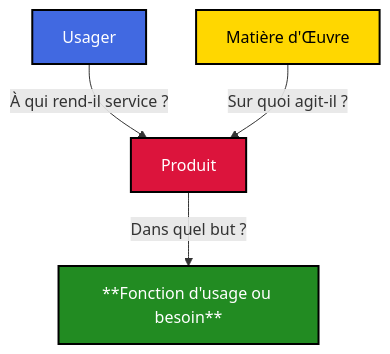
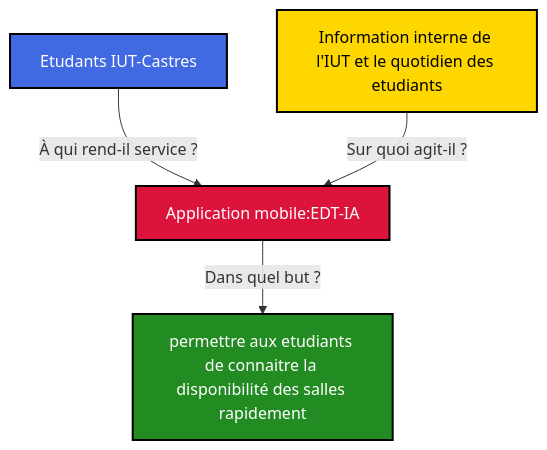
One commit to mmicastres/2024-25-sae501-ogene_thomas_maxime_evan changed the diagram in README.md. Above: the diagram before and after it, drawn with Mermaid.

````diff
--- a/README.md
+++ b/README.md
@@ -8,11 +8,11 @@
 ```mermaid
 graph TD
-    A[Usager] -->|À qui rend-il service ?| B[Produit]
-    C[Matière d'Œuvre] -->|Sur quoi agit-il ?| B
-    B -->|Dans quel but ?| D[**Fonction d'usage ou besoin**]
+    A[Etudants IUT-Castres] -->|À qui rend-il service ?| B[Application mobile:EDT-IA]
+    C[Information interne de l'IUT et le quotidien des etudiants] -->|Sur quoi agit-il ?| B
+    B -->|Dans quel but ?| D[permettre aux etudiants de connaitre la disponibilité des salles rapidement]
     style A fill:#4169E1,stroke:#000,stroke-width:2px,color:#fff
     style C fill:#FFD700,stroke:#000,stroke-width:2px,color:#000
     style B fill:#DC143C,stroke:#000,stroke-width:2px,color:#fff
     style D fill:#228B22,stroke:#000,stroke-width:2px,color:#fff
 
 ```
````
